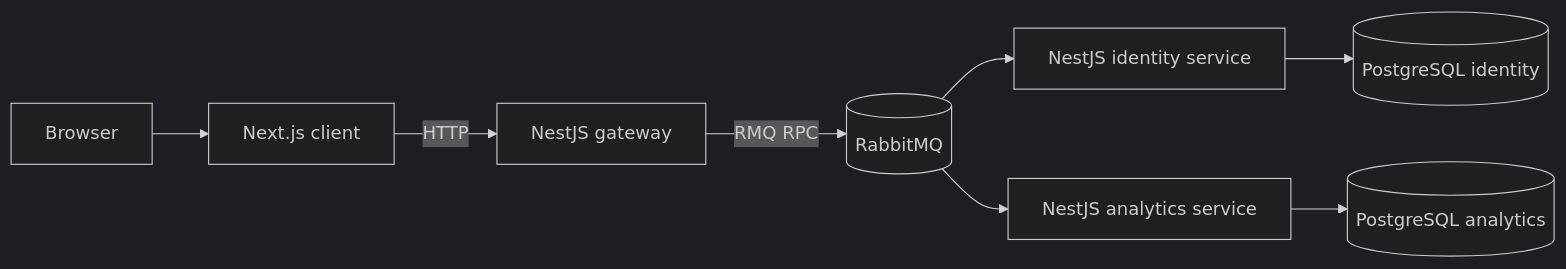
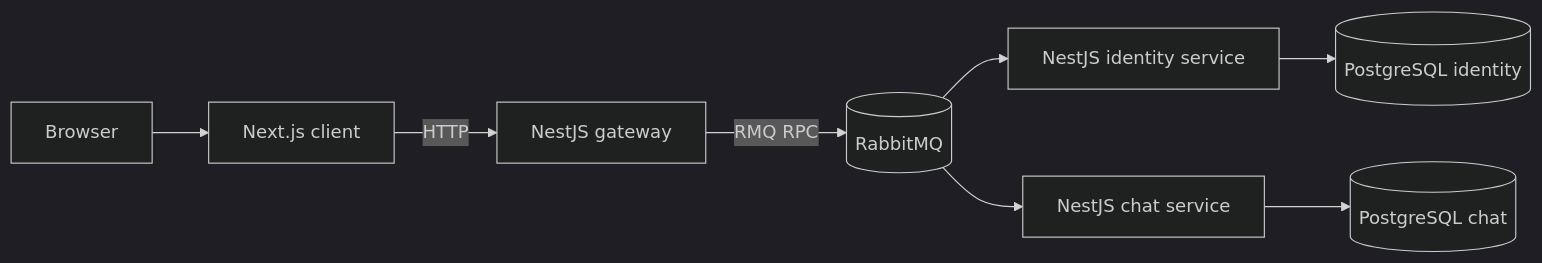
One commit to eamtcPROG/DASI changed the first of 3 diagrams in docs/architecture.md. Above: the diagram before and after it, drawn with Mermaid (dark theme). The commit also changed other lines of this file and 82 other files, not shown here.

Commit message:
Add working analytics service

````diff
--- a/docs/architecture.md
+++ b/docs/architecture.md
@@ -7,19 +7,19 @@
 ```mermaid
 flowchart LR
     Browser[Browser]
     Client[Next.js client]
     Gateway[NestJS gateway]
     Identity[NestJS identity service]
-    Analytics[NestJS analytics service]
+    Chat[NestJS chat service]
     RabbitMQ[(RabbitMQ)]
     IdentityDB[(PostgreSQL identity)]
-    AnalyticsDB[(PostgreSQL analytics)]
+    ChatDB[(PostgreSQL chat)]
 
     Browser --> Client
     Client -->|HTTP| Gateway
     Gateway -->|RMQ RPC| RabbitMQ
     RabbitMQ --> Identity
-    RabbitMQ --> Analytics
+    RabbitMQ --> Chat
     Identity --> IdentityDB
-    Analytics --> AnalyticsDB
+    Chat --> ChatDB
 ```
````
